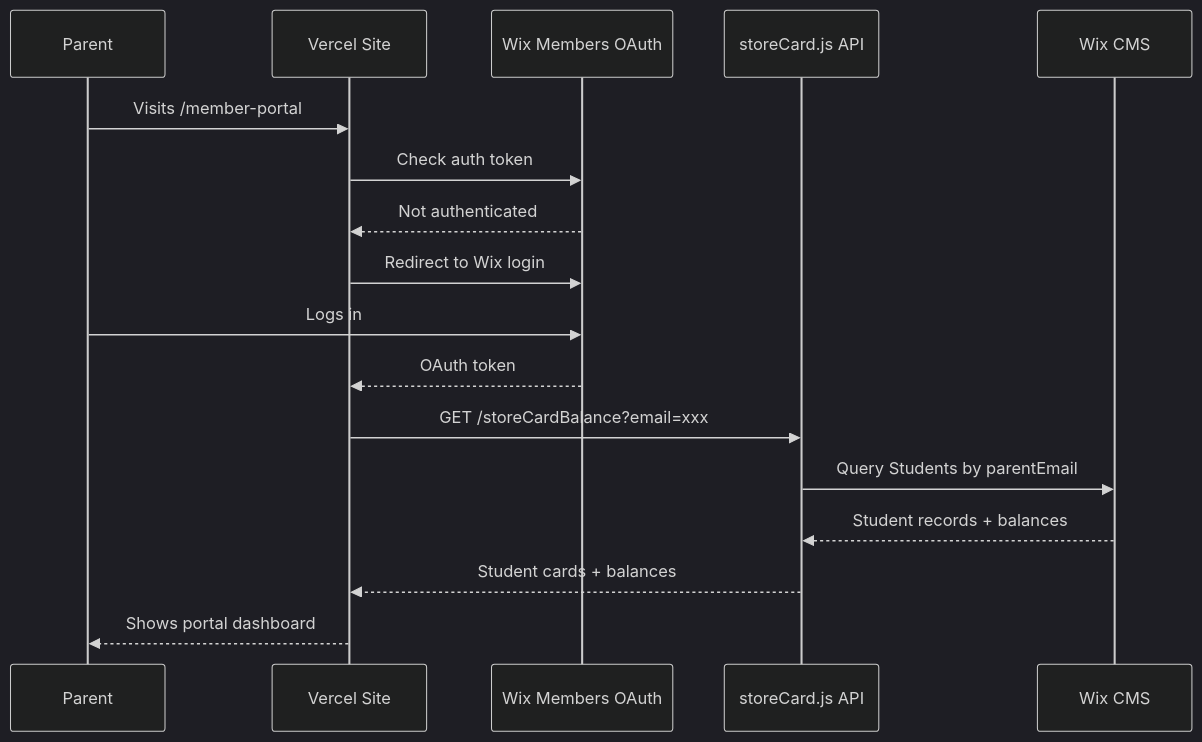
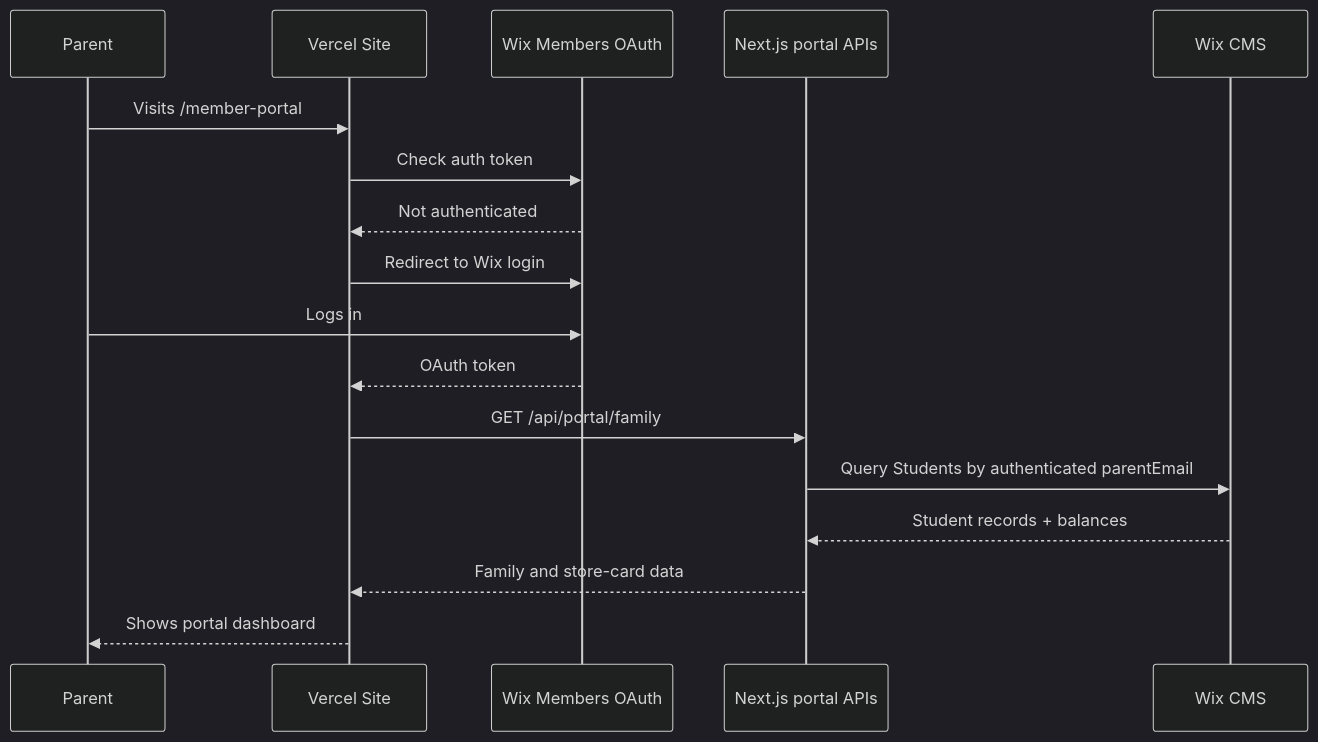
One commit to auraflux-dev/pavilion changed the fourth of 4 diagrams in docs/ARCHITECTURE.md. Above: the diagram before and after it, drawn with Mermaid (dark theme). The commit also changed other lines of this file and 18 other files, not shown here.

````diff
--- a/docs/ARCHITECTURE.md
+++ b/docs/ARCHITECTURE.md
@@ -174,20 +171,20 @@
 ```mermaid
 sequenceDiagram
     participant P as Parent
     participant V as Vercel Site
     participant WM as Wix Members OAuth
-    participant SC as storeCard.js API
+    participant API as Next.js portal APIs
     participant CMS as Wix CMS
 
     P->>V: Visits /member-portal
     V->>WM: Check auth token
     WM-->>V: Not authenticated
     V->>WM: Redirect to Wix login
     P->>WM: Logs in
     WM-->>V: OAuth token
-    V->>SC: GET /storeCardBalance?email=xxx
-    SC->>CMS: Query Students by parentEmail
-    CMS-->>SC: Student records + balances
-    SC-->>V: Student cards + balances
+    V->>API: GET /api/portal/family
+    API->>CMS: Query Students by authenticated parentEmail
+    CMS-->>API: Student records + balances
+    API-->>V: Family and store-card data
     V-->>P: Shows portal dashboard
 ```
````
